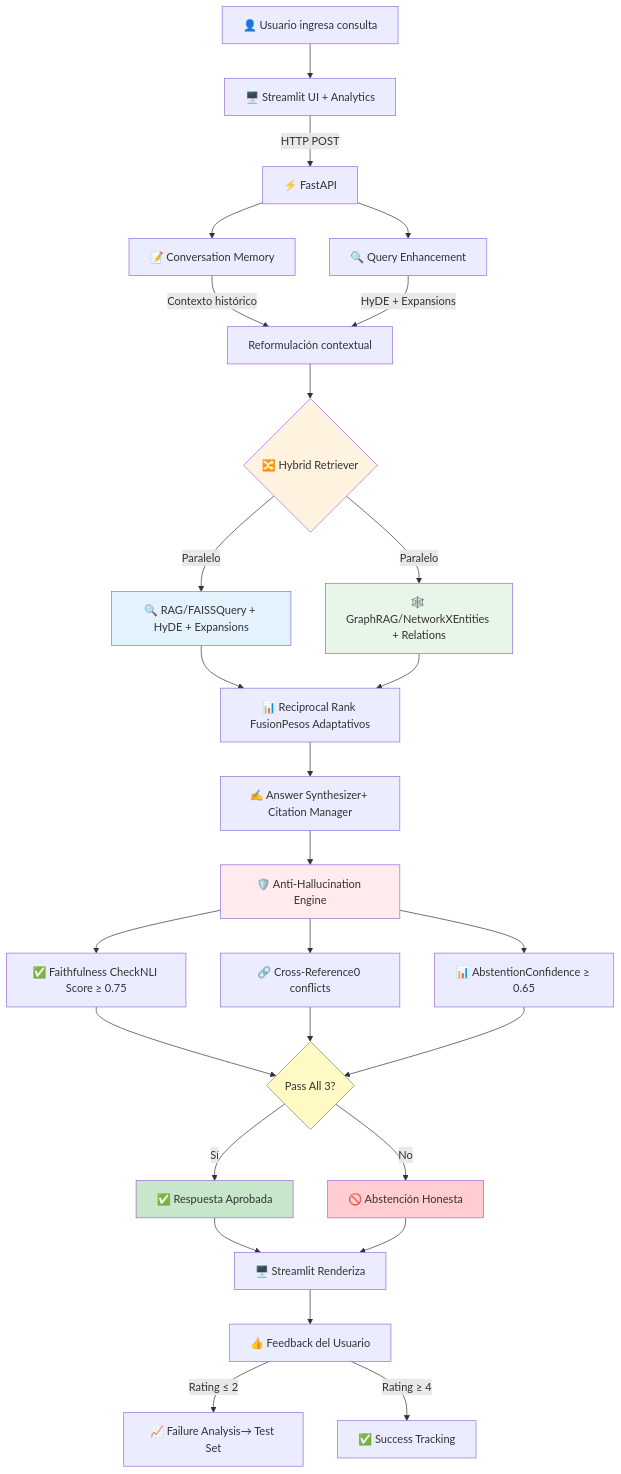
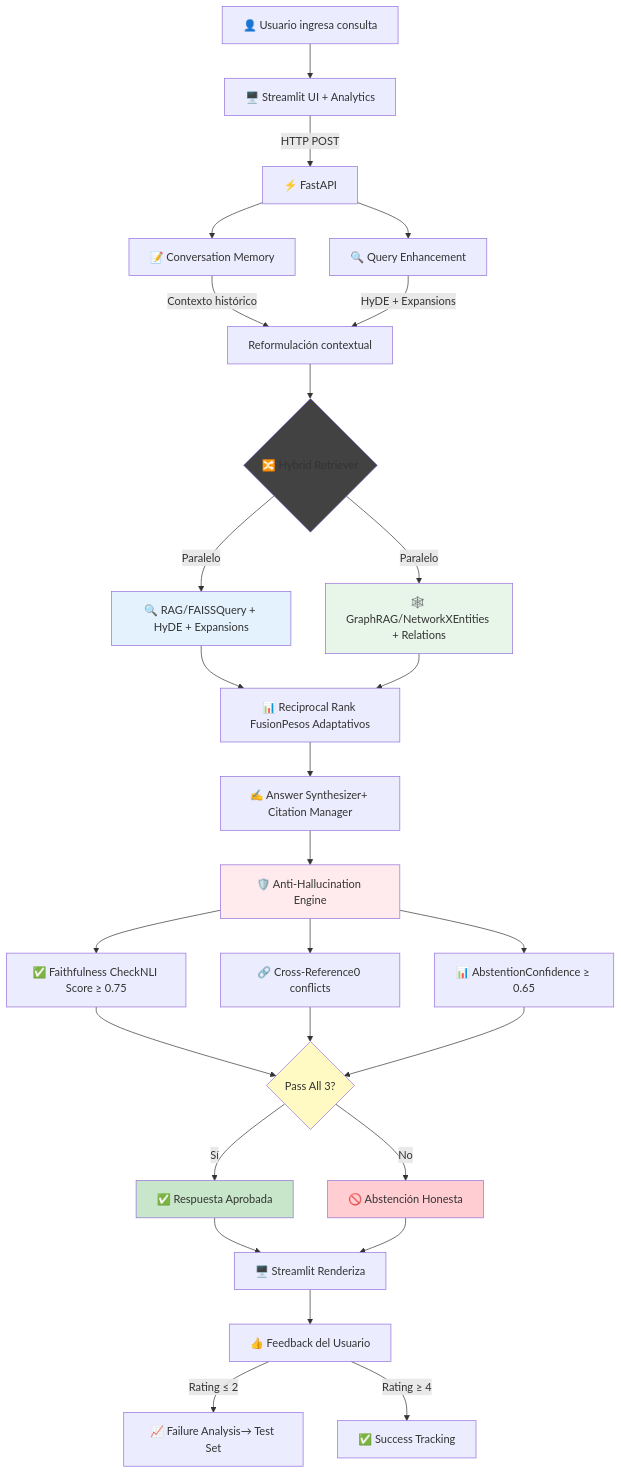
One commit to j5675293/Chatbot-Administrativo-LSE--FIUBA changed the diagram in README.md. Above: the diagram before and after it, drawn with Mermaid. The commit also changed other lines of this file, not shown here.

````diff
--- a/README.md
+++ b/README.md
@@ -66,49 +66,49 @@
 ```mermaid
 graph TD
     A[👤 Usuario ingresa consulta] --> B[🖥️ Streamlit UI + Analytics]
     B -->|HTTP POST| C[⚡ FastAPI]
     
     C --> D1[📝 Conversation Memory]
     C --> D2[🔍 Query Enhancement]
     
     D1 -->|Contexto histórico| E[Reformulación contextual]
     D2 -->|HyDE + Expansions| E
     
     E --> F{🔀 Hybrid Retriever}
     
     F -->|Paralelo| G1[🔍 RAG/FAISSQuery + HyDE + Expansions]
     F -->|Paralelo| G2[🕸️ GraphRAG/NetworkXEntities + Relations]
     
     G1 --> H[📊 Reciprocal Rank FusionPesos Adaptativos]
     G2 --> H
     
     H --> I[✍️ Answer Synthesizer+ Citation Manager]
     
     I --> J[🛡️ Anti-Hallucination Engine]
     
     J --> K1[✅ Faithfulness CheckNLI Score ≥ 0.75]
     J --> K2[🔗 Cross-Reference0 conflicts]
     J --> K3[📊 AbstentionConfidence ≥ 0.65]
     
     K1 --> L{Pass All 3?}
     K2 --> L
     K3 --> L
     
     L -->|Sí| M[✅ Respuesta Aprobada]
     L -->|No| N[🚫 Abstención Honesta]
     
     M --> O[🖥️ Streamlit Renderiza]
     N --> O
     
     O --> P[👍 Feedback del Usuario]
     P -->|Rating ≤ 2| Q[📈 Failure Analysis→ Test Set]
     P -->|Rating ≥ 4| R[✅ Success Tracking]
     
-    style F fill:#FFF3E0
+    style F fill:#424242
     style G1 fill:#E3F2FD
     style G2 fill:#E8F5E9
     style J fill:#FFEBEE
     style L fill:#FFF9C4
     style M fill:#C8E6C9
     style N fill:#FFCDD2
 ```
````
